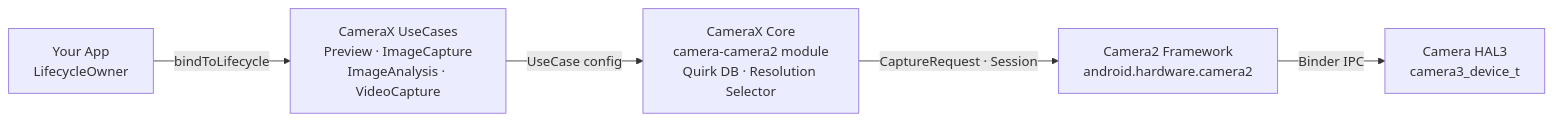
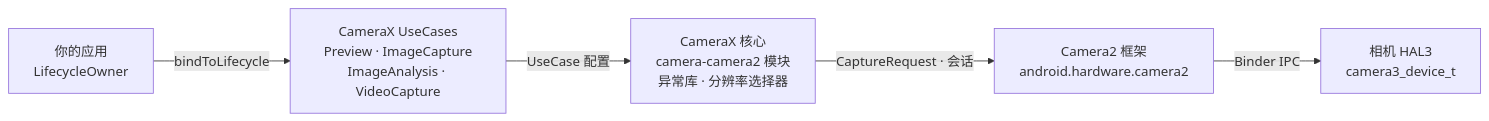
One commit to zoozooll/AndroidCameraParameters changed the first of 2 diagrams in website/i18n/zh-Hans/docusaurus-plugin-content-docs/current/camera2/camerax.md. Above: the diagram before and after it, drawn with Mermaid. The commit also changed other lines of this file and 378 other files, not shown here.

Commit message:
Update Android Camera Parameters repository links across localized Camera2 documentation

````diff
--- a/website/i18n/zh-Hans/docusaurus-plugin-content-docs/current/camera2/camerax.md
+++ b/website/i18n/zh-Hans/docusaurus-plugin-content-docs/current/camera2/camerax.md
@@ -63,7 +63,7 @@
 ```mermaid
 graph LR
-    App[Your App<br/>LifecycleOwner] -->|bindToLifecycle| UC[CameraX UseCases<br/>Preview · ImageCapture<br/>ImageAnalysis · VideoCapture]
-    UC -->|UseCase config| CX[CameraX Core<br/>camera-camera2 module<br/>Quirk DB · Resolution Selector]
-    CX -->|CaptureRequest · Session| C2[Camera2 Framework<br/>android.hardware.camera2]
-    C2 -->|Binder IPC| HAL[Camera HAL3<br/>camera3_device_t]
+    App["你的应用<br/>LifecycleOwner"] -->|bindToLifecycle| UC["CameraX UseCases<br/>Preview · ImageCapture<br/>ImageAnalysis · VideoCapture"]
+    UC -->|UseCase 配置| CX[CameraX 核心<br/>camera-camera2 模块<br/>异常库 · 分辨率选择器]
+    CX -->|CaptureRequest · 会话| C2[Camera2 框架<br/>android.hardware.camera2]
+    C2 -->|Binder IPC| HAL[相机 HAL3<br/>camera3_device_t]
 ```
````
